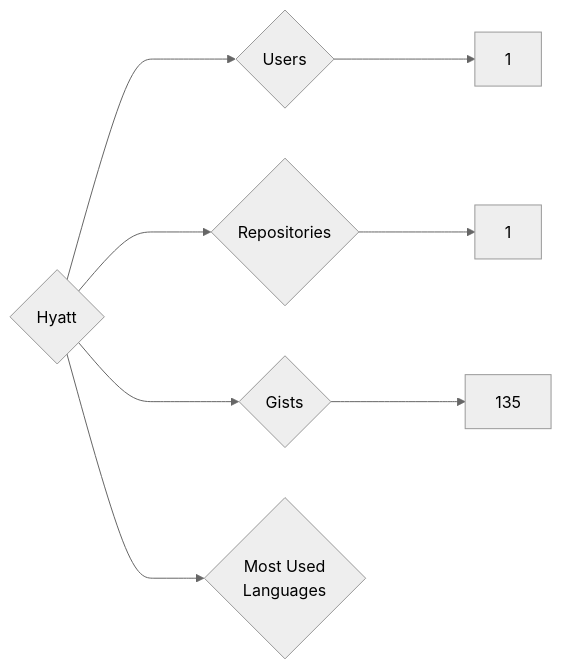
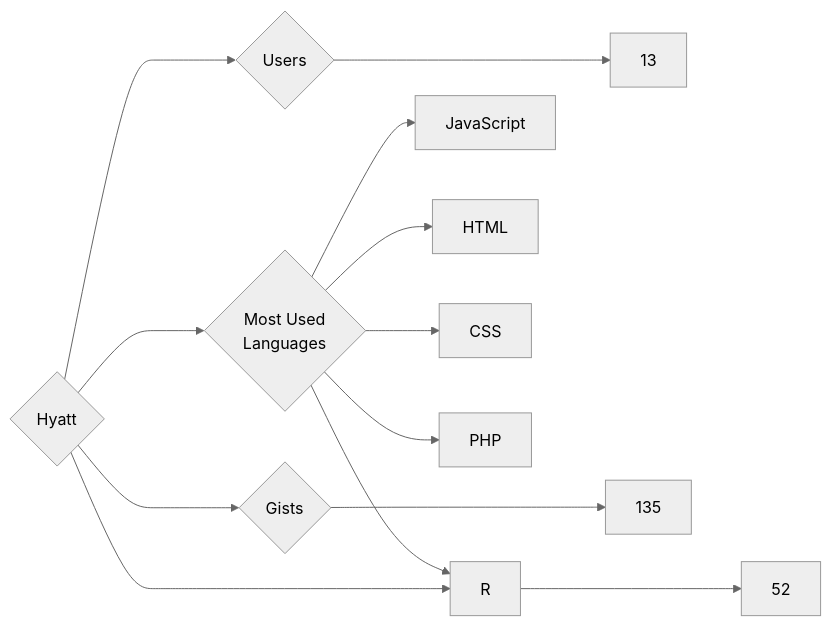
One commit to trickest/insiders changed the diagram in targets/Hyatt/README.md. Above: the diagram before and after it, drawn with Mermaid (neutral theme). The commit also changed 644 other files, not shown here.

````diff
--- a/targets/Hyatt/README.md
+++ b/targets/Hyatt/README.md
@@ -3,8 +3,13 @@
 ```mermaid
 graph LR
 COMPANY_NAME{Hyatt}
-COMPANY_NAME ---> U{Users} ---> UN[1]
-COMPANY_NAME ---> R{Repositories} ---> RN[1]
+COMPANY_NAME ---> U{Users} ---> UN[13]
+COMPANY_NAME ---> R{Repositories} ---> RN[52]
 COMPANY_NAME ---> G{Gists} ---> GN[135]
 COMPANY_NAME ---> ML{Most Used<br>Languages}
+ML --> JavaScript[JavaScript]
+ML --> HTML[HTML]
+ML --> CSS[CSS]
+ML --> R[R]
+ML --> PHP[PHP]
 ```
````
